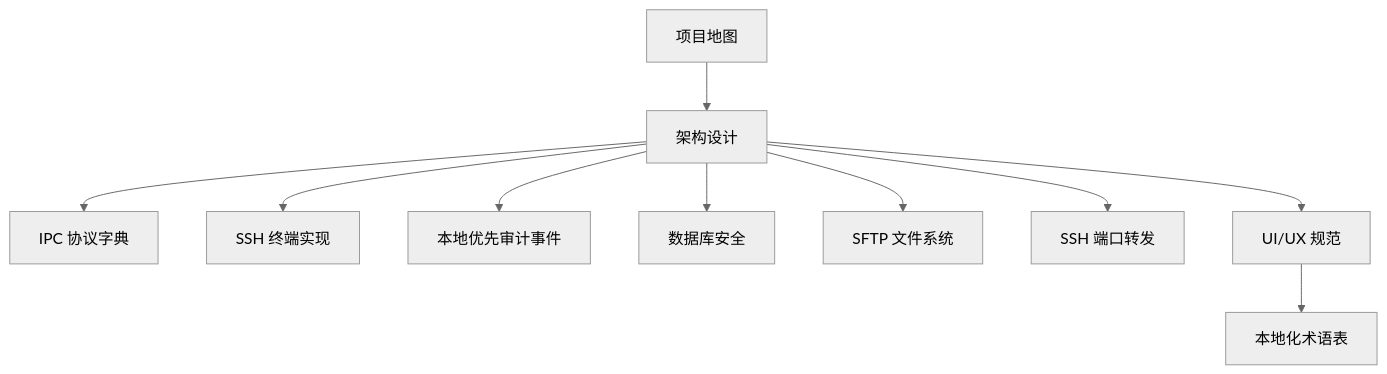
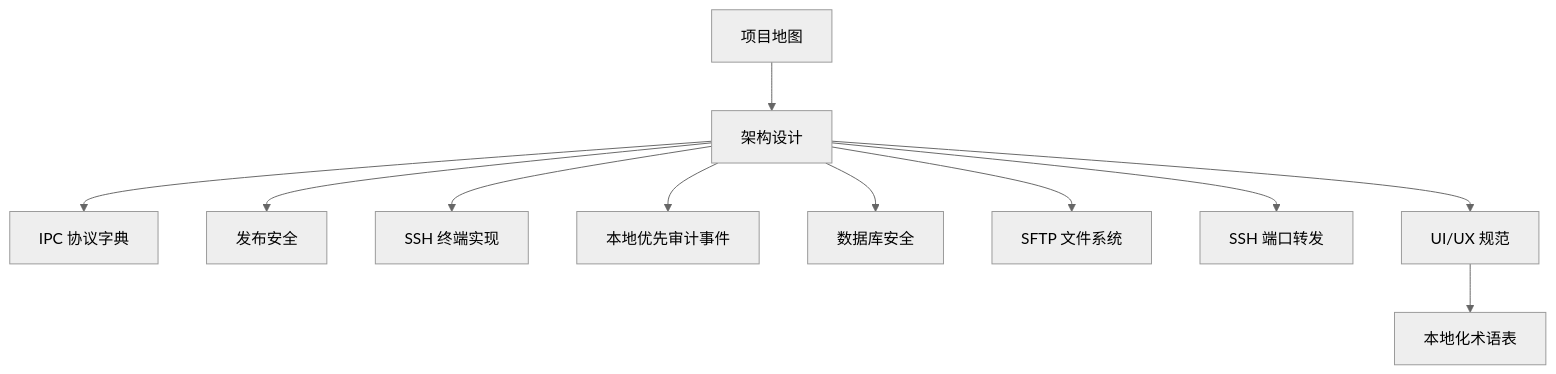
The diagram in docs/zh-CN/developer/index.md (XYZ1024-alt/Cosmosh), drawn with Mermaid (neutral theme) before and after one commit. The commit also changed other lines of this file and 18 other files, not shown here.

````diff
--- a/docs/zh-CN/developer/index.md
+++ b/docs/zh-CN/developer/index.md
@@ -7,12 +7,13 @@
 ```mermaid
 flowchart TD
   A[项目地图] --> B[架构设计]
   B --> C[IPC 协议字典]
+  B --> K[发布安全]
   B --> D[SSH 终端实现]
   B --> H[本地优先审计事件]
   B --> G[数据库安全]
   B --> E[SFTP 文件系统]
   B --> I[SSH 端口转发]
   B --> F[UI/UX 规范]
   F --> J[本地化术语表]
 ```
````
